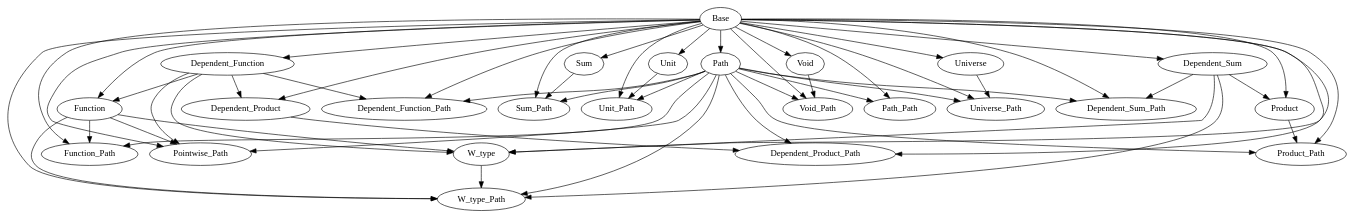
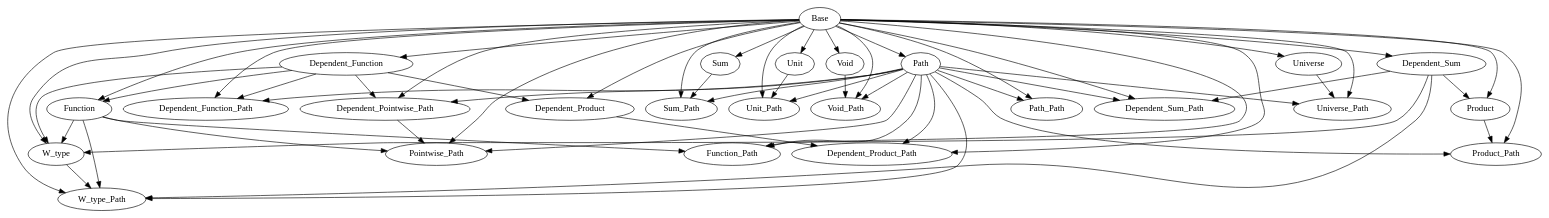
One commit to Hexirp/googology-in-coq changed the diagram in libraries/dependencies.gv. Above: the diagram before and after it, drawn with Graphviz.

Commit message:
Update: dependencies.gv を

```diff
--- a/libraries/dependencies.gv
+++ b/libraries/dependencies.gv
@@ -1,81 +1,85 @@
 digraph Dependencies {
   # Base
   # Dependent_Function
   "Base" -> "Dependent_Function";
   # Function
   "Base" -> "Function";
   "Dependent_Function" -> "Function";
   # Dependent_Product
   "Base" -> "Dependent_Product";
   "Dependent_Function" -> "Dependent_Product";
   # Dependent_Sum
   "Base" -> "Dependent_Sum";
   # Product
   "Base" -> "Product";
   "Dependent_Sum" -> "Product";
   # Sum
   "Base" -> "Sum";
   # Unit
   "Base" -> "Unit";
   # Void
   "Base" -> "Void";
   # W_type
   "Base" -> "W_type";
   "Dependent_Function" -> "W_type";
   "Function" -> "W_type";
   "Dependent_Sum" -> "W_type";
   # Universe
   "Base" -> "Universe";
   # Path
   "Base" -> "Path";
   # Dependent_Function_Path
   "Base" -> "Dependent_Function_Path";
   "Dependent_Function" -> "Dependent_Function_Path";
   "Path" -> "Dependent_Function_Path";
   # Function_Path
   "Base" -> "Function_Path";
   "Function" -> "Function_Path";
   "Path" -> "Function_Path";
   # Dependent_Product_Path
   "Base" -> "Dependent_Product_Path";
   "Dependent_Product" -> "Dependent_Product_Path";
   "Path" -> "Dependent_Product_Path";
   # Dependent_Sum_Path
   "Base" -> "Dependent_Sum_Path";
   "Dependent_Sum" -> "Dependent_Sum_Path";
   "Path" -> "Dependent_Sum_Path";
   # Product_Path
   "Base" -> "Product_Path";
   "Product" -> "Product_Path";
   "Path" -> "Product_Path";
   # Sum_Path
   "Base" -> "Sum_Path";
   "Sum" -> "Sum_Path";
   "Path" -> "Sum_Path";
   # Unit_Path
   "Base" -> "Unit_Path";
   "Unit" -> "Unit_Path";
   "Path" -> "Unit_Path";
   # Void_Path
   "Base" -> "Void_Path";
   "Void" -> "Void_Path";
   "Path" -> "Void_Path";
   # W_type_Path
   "Base" -> "W_type_Path";
   "Function" -> "W_type_Path";
   "Dependent_Sum" -> "W_type_Path";
   "W_type" -> "W_type_Path";
   "Path" -> "W_type_Path";
   # Universe_Path
   "Base" -> "Universe_Path";
   "Universe" -> "Universe_Path";
   "Path" -> "Universe_Path";
   # Path_Path
   "Base" -> "Path_Path";
   "Path" -> "Path_Path";
+  # Dependent_Pointwise_Path
+  "Base" -> "Dependent_Pointwise_Path";
+  "Dependent_Function" -> "Dependent_Pointwise_Path";
+  "Path" -> "Dependent_Pointwise_Path";
   # Pointwise_Path
   "Base" -> "Pointwise_Path";
-  "Dependent_Function" -> "Pointwise_Path";
   "Function" -> "Pointwise_Path";
   "Path" -> "Pointwise_Path";
+  "Dependent_Pointwise_Path" -> "Pointwise_Path";
 }
```
